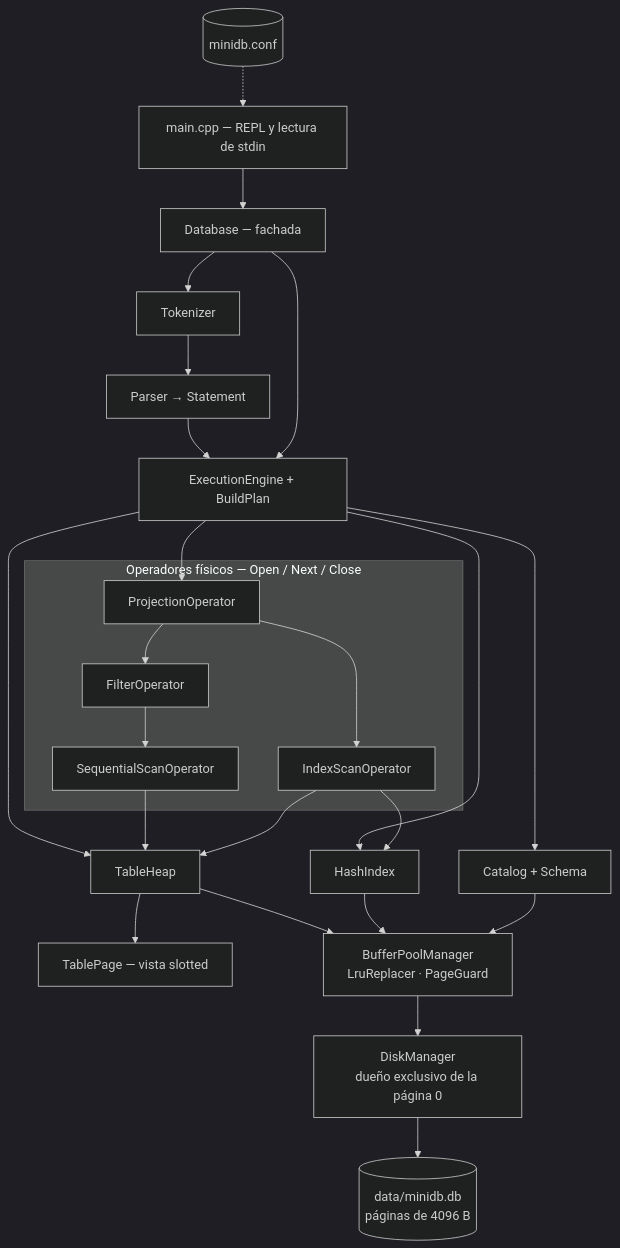
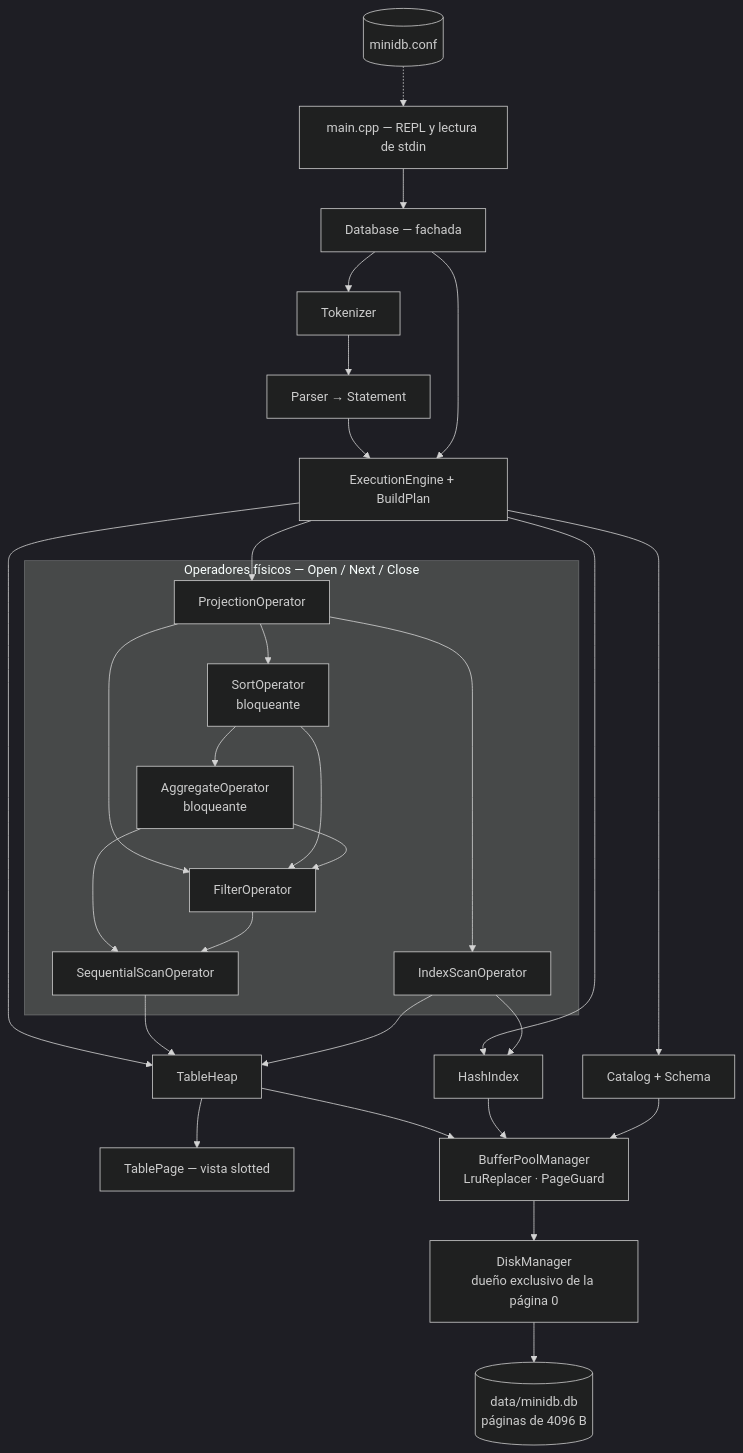
One commit to javierRock/miniDB changed the diagram in ARCHITECTURE.md. Above: the diagram before and after it, drawn with Mermaid (dark theme). The commit also changed other lines of this file and 11 other files, not shown here.

````diff
--- a/ARCHITECTURE.md
+++ b/ARCHITECTURE.md
@@ -9,47 +9,54 @@
 ```mermaid
 graph TD
     CLI["main.cpp — REPL y lectura de stdin"]
     CFG[("minidb.conf")]
     DB["Database — fachada"]
     TK["Tokenizer"]
     PS["Parser → Statement"]
     EE["ExecutionEngine + BuildPlan"]
 
     subgraph OPS["Operadores físicos — Open / Next / Close"]
         PROJ["ProjectionOperator"]
+        SORT["SortOperator<br/>bloqueante"]
+        AGG["AggregateOperator<br/>bloqueante"]
         FILT["FilterOperator"]
         SEQ["SequentialScanOperator"]
         IDX["IndexScanOperator"]
     end
 
     CAT["Catalog + Schema"]
     TH["TableHeap"]
     HI["HashIndex"]
     TP["TablePage — vista slotted"]
     BPM["BufferPoolManager<br/>LruReplacer · PageGuard"]
     DM["DiskManager<br/>dueño exclusivo de la página 0"]
     FILE[("data/minidb.db<br/>páginas de 4096 B")]
 
     CFG -.-> CLI
     CLI --> DB
     DB --> TK
     TK --> PS
     PS --> EE
     DB --> EE
     EE --> PROJ
+    PROJ --> SORT
     PROJ --> FILT
     PROJ --> IDX
+    SORT --> AGG
+    SORT --> FILT
+    AGG --> FILT
+    AGG --> SEQ
     FILT --> SEQ
     EE --> CAT
     EE --> TH
     EE --> HI
     SEQ --> TH
     IDX --> HI
     IDX --> TH
     TH --> TP
     TH --> BPM
     HI --> BPM
     CAT --> BPM
     BPM --> DM
     DM --> FILE
 ```
````
